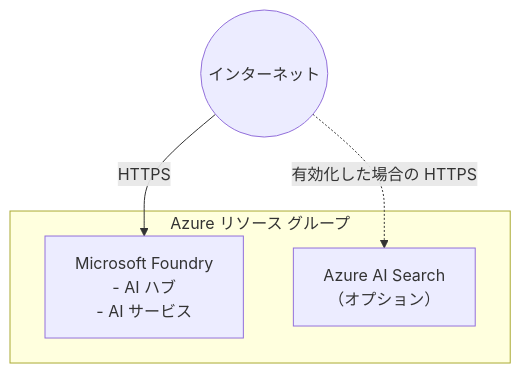
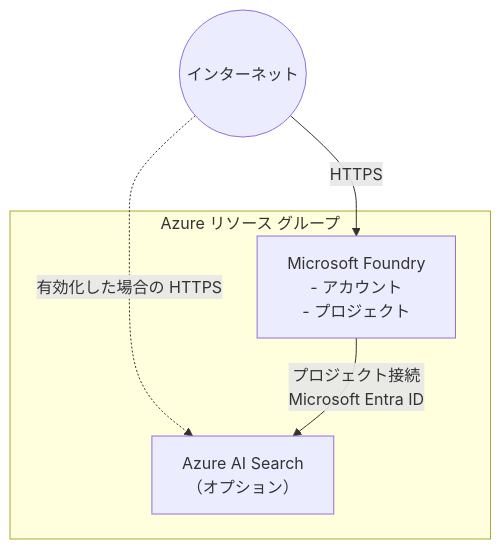
One commit to ks6088ts/template-terraform changed the diagram in infra/scenarios/azure_microsoft_foundry/README.ja.md. Above: the diagram before and after it, drawn with Mermaid. The commit also changed other lines of this file and 6 other files, not shown here.

Commit message:
feat: add Azure AI Search connection and role assignments for Microsoft Foundry project

````diff
--- a/infra/scenarios/azure_microsoft_foundry/README.ja.md
+++ b/infra/scenarios/azure_microsoft_foundry/README.ja.md
@@ -12,12 +12,13 @@
 ```mermaid
 flowchart TB
     Internet((インターネット))
 
     subgraph Azure["Azure リソース グループ"]
-        MF["Microsoft Foundry<br/>- AI ハブ<br/>- AI サービス"]
+        MF["Microsoft Foundry<br/>- アカウント<br/>- プロジェクト"]
         Search["Azure AI Search<br/>（オプション）"]
     end
 
     Internet -->|HTTPS| MF
     Internet -.->|有効化した場合の HTTPS| Search
+    MF -->|プロジェクト接続<br/>Microsoft Entra ID| Search
 ```
````
